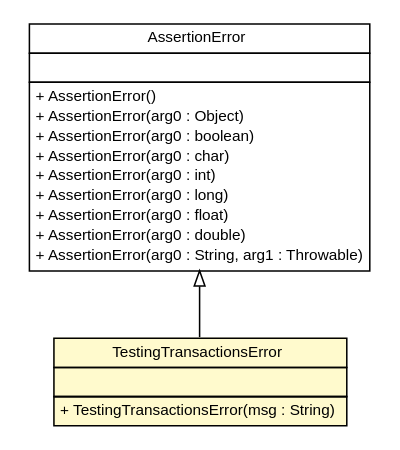
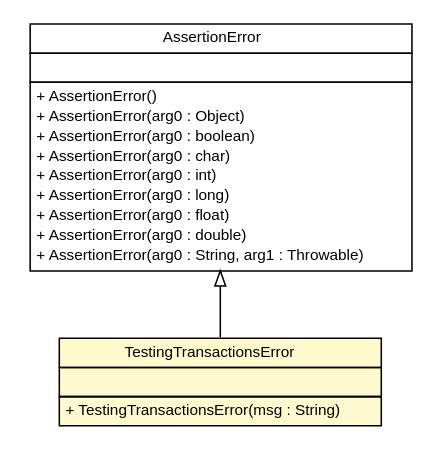
One commit to SidneyBovet/sweng-2013-quizapp changed the diagram in SwEng2013QuizApp/reports/epfl/sweng/testing/TestingTransactionsError.dot. Above: the diagram before and after it, drawn with Graphviz. The commit also changed 146 other files, not shown here.

Commit message:
ant reports rerun to create the .png for UML

```diff
--- a/SwEng2013QuizApp/reports/epfl/sweng/testing/TestingTransactionsError.dot
+++ b/SwEng2013QuizApp/reports/epfl/sweng/testing/TestingTransactionsError.dot
@@ -1,46 +1,46 @@
 #!/usr/local/bin/dot
 #
 # Class diagram 
 # Generated by UMLGraph version R5_6_6-1-g9240c4 (http://www.umlgraph.org/)
 #
 
 digraph G {
-	edge [fontname="arial",fontsize=10,labelfontname="arial",labelfontsize=10];
-	node [fontname="arial",fontsize=10,shape=plaintext];
+	edge [fontname="Helvetica",fontsize=10,labelfontname="Helvetica",labelfontsize=10];
+	node [fontname="Helvetica",fontsize=10,shape=plaintext];
 	nodesep=0.25;
 	ranksep=0.5;
 	// epfl.sweng.testing.TestingTransactionsError
-	c859 [label=<<table title="epfl.sweng.testing.TestingTransactionsError" border="0" cellborder="1" cellspacing="0" cellpadding="2" port="p" bgcolor="lemonChiffon" href="./TestingTransactionsError.html">
+	c952 [label=<<table title="epfl.sweng.testing.TestingTransactionsError" border="0" cellborder="1" cellspacing="0" cellpadding="2" port="p" bgcolor="lemonChiffon" href="./TestingTransactionsError.html">
 		<tr><td><table border="0" cellspacing="0" cellpadding="1">
 <tr><td align="center" balign="center"> TestingTransactionsError </td></tr>
 		</table></td></tr>
 		<tr><td><table border="0" cellspacing="0" cellpadding="1">
 <tr><td align="left" balign="left">  </td></tr>
 		</table></td></tr>
 		<tr><td><table border="0" cellspacing="0" cellpadding="1">
 <tr><td align="left" balign="left"> + TestingTransactionsError(msg : String) </td></tr>
 		</table></td></tr>
-		</table>>, URL="./TestingTransactionsError.html", fontname="arial", fontcolor="black", fontsize=10.0];
+		</table>>, URL="./TestingTransactionsError.html", fontname="Helvetica", fontcolor="black", fontsize=10.0];
 	//epfl.sweng.testing.TestingTransactionsError extends java.lang.AssertionError
-	c874:p -> c859:p [dir=back,arrowtail=empty];
+	c967:p -> c952:p [dir=back,arrowtail=empty];
 	// java.lang.AssertionError
-	c874 [label=<<table title="java.lang.AssertionError" border="0" cellborder="1" cellspacing="0" cellpadding="2" port="p" href="http://java.sun.com/j2se/1.4.2/docs/api/java/lang/AssertionError.html">
+	c967 [label=<<table title="java.lang.AssertionError" border="0" cellborder="1" cellspacing="0" cellpadding="2" port="p" href="http://java.sun.com/j2se/1.4.2/docs/api/java/lang/AssertionError.html">
 		<tr><td><table border="0" cellspacing="0" cellpadding="1">
 <tr><td align="center" balign="center"> AssertionError </td></tr>
 		</table></td></tr>
 		<tr><td><table border="0" cellspacing="0" cellpadding="1">
 <tr><td align="left" balign="left">  </td></tr>
 		</table></td></tr>
 		<tr><td><table border="0" cellspacing="0" cellpadding="1">
 <tr><td align="left" balign="left"> + AssertionError() </td></tr>
 <tr><td align="left" balign="left"> + AssertionError(arg0 : Object) </td></tr>
 <tr><td align="left" balign="left"> + AssertionError(arg0 : boolean) </td></tr>
 <tr><td align="left" balign="left"> + AssertionError(arg0 : char) </td></tr>
 <tr><td align="left" balign="left"> + AssertionError(arg0 : int) </td></tr>
 <tr><td align="left" balign="left"> + AssertionError(arg0 : long) </td></tr>
 <tr><td align="left" balign="left"> + AssertionError(arg0 : float) </td></tr>
 <tr><td align="left" balign="left"> + AssertionError(arg0 : double) </td></tr>
 <tr><td align="left" balign="left"> + AssertionError(arg0 : String, arg1 : Throwable) </td></tr>
 		</table></td></tr>
-		</table>>, URL="http://java.sun.com/j2se/1.4.2/docs/api/java/lang/AssertionError.html", fontname="arial", fontcolor="black", fontsize=10.0];
+		</table>>, URL="http://java.sun.com/j2se/1.4.2/docs/api/java/lang/AssertionError.html", fontname="Helvetica", fontcolor="black", fontsize=10.0];
 }
```
